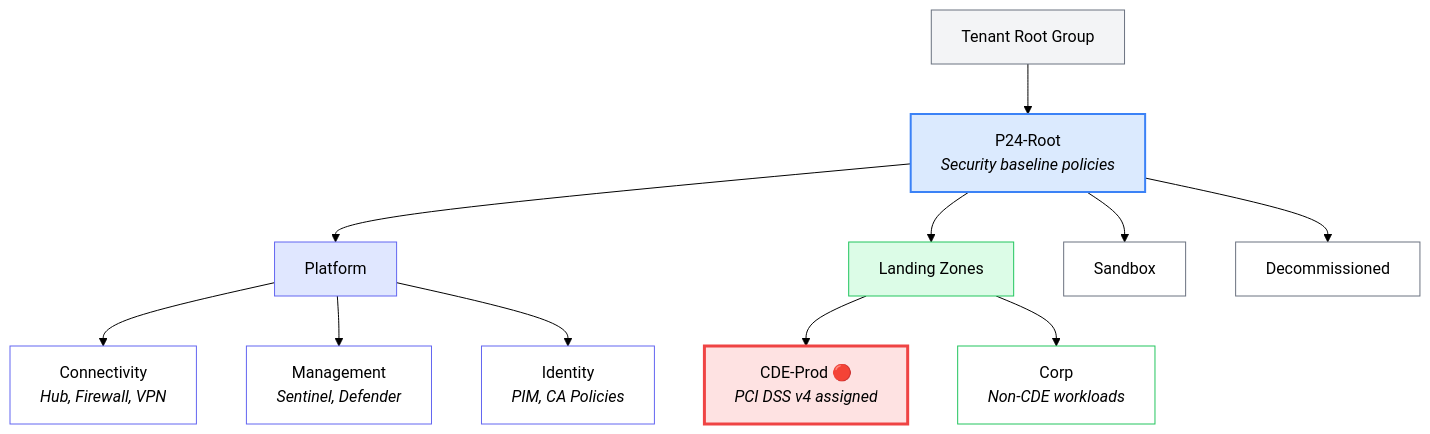
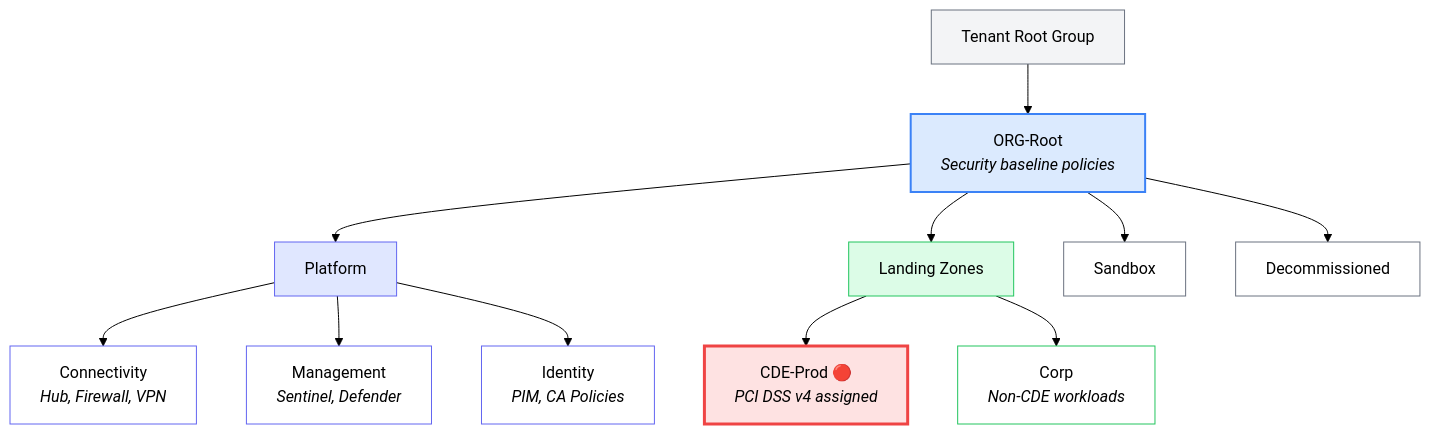
The second of 5 diagrams in README.md (microsoftmrinal/azure-landing-zone-pci-dss), drawn with Mermaid (forest theme) before and after one commit. The commit also changed other lines of this file and 14 other files, not shown here.

````diff
--- a/README.md
+++ b/README.md
@@ -112,30 +112,30 @@
 ```mermaid
 graph TD
     TRG[Tenant Root Group]
-    TRG --> Root["P24-Root<br/><i>Security baseline policies</i>"]
+    TRG --> Root["ORG-Root<br/><i>Security baseline policies</i>"]
 
     Root --> Platform[Platform]
     Root --> LZ[Landing Zones]
     Root --> Sandbox[Sandbox]
     Root --> Decom[Decommissioned]
 
     Platform --> Conn[Connectivity<br/><i>Hub, Firewall, VPN</i>]
     Platform --> Mgmt[Management<br/><i>Sentinel, Defender</i>]
     Platform --> Ident[Identity<br/><i>PIM, CA Policies</i>]
 
     LZ --> CDE["CDE-Prod 🔴<br/><i>PCI DSS v4 assigned</i>"]
     LZ --> Corp[Corp<br/><i>Non-CDE workloads</i>]
 
     classDef default fill:#ffffff,stroke:#6b7280,color:#000000
     style TRG fill:#f3f4f6,stroke:#6b7280,color:#000000
     style CDE fill:#fee2e2,stroke:#ef4444,stroke-width:3px,color:#000000
     style Root fill:#dbeafe,stroke:#3b82f6,stroke-width:2px,color:#000000
     style Platform fill:#e0e7ff,stroke:#6366f1,color:#000000
     style LZ fill:#dcfce7,stroke:#22c55e,color:#000000
     style Sandbox fill:#ffffff,stroke:#6b7280,color:#000000
     style Decom fill:#ffffff,stroke:#6b7280,color:#000000
     style Conn fill:#ffffff,stroke:#6366f1,color:#000000
     style Mgmt fill:#ffffff,stroke:#6366f1,color:#000000
     style Ident fill:#ffffff,stroke:#6366f1,color:#000000
     style Corp fill:#ffffff,stroke:#22c55e,color:#000000
 ```
````
